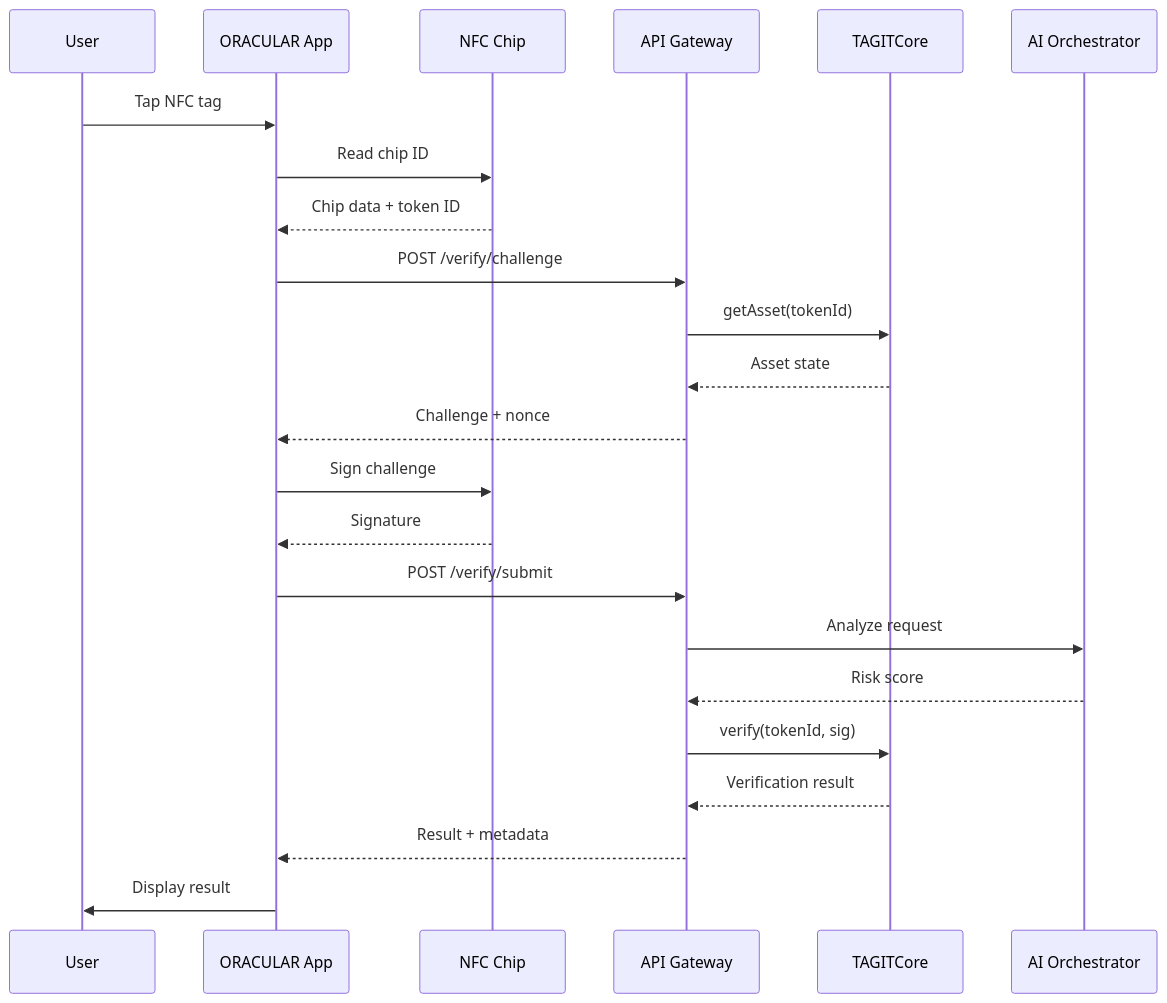
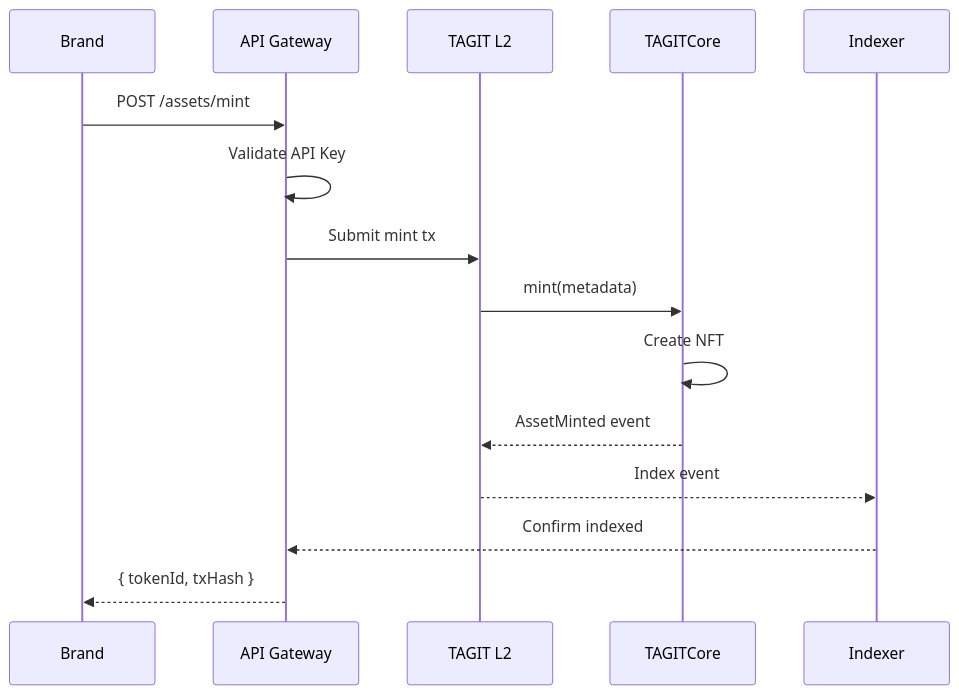
One commit to TAG-IT-NETWORK/tagit-docs changed the second of 6 diagrams in docs/architecture/data-flow.md. Above: the diagram before and after it, drawn with Mermaid. The commit also changed other lines of this file and 8 other files, not shown here.

First line of the commit message:
docs: Phase 2 Core Scaffold - Architecture, Contracts, Glossary

````diff
--- a/docs/architecture/data-flow.md
+++ b/docs/architecture/data-flow.md
@@ -7,30 +30,18 @@
 ```mermaid
 sequenceDiagram
-    participant User
-    participant ORACULAR as ORACULAR App
-    participant NFC as NFC Chip
+    participant Brand
     participant API as API Gateway
-    participant Contract as TAGITCore
-    participant AI as AI Orchestrator
+    participant L2 as TAGIT L2
+    participant Core as TAGITCore
+    participant Indexer
 
-    User->>ORACULAR: Tap NFC tag
-    ORACULAR->>NFC: Read chip ID
-    NFC-->>ORACULAR: Chip data + token ID
-
-    ORACULAR->>API: POST /verify/challenge
-    API->>Contract: getAsset(tokenId)
-    Contract-->>API: Asset state
-    API-->>ORACULAR: Challenge + nonce
-
-    ORACULAR->>NFC: Sign challenge
-    NFC-->>ORACULAR: Signature
-
-    ORACULAR->>API: POST /verify/submit
-    API->>AI: Analyze request
-    AI-->>API: Risk score
-    API->>Contract: verify(tokenId, sig)
-    Contract-->>API: Verification result
-    API-->>ORACULAR: Result + metadata
-
-    ORACULAR->>User: Display result
+    Brand->>API: POST /assets/mint
+    API->>API: Validate API Key
+    API->>L2: Submit mint tx
+    L2->>Core: mint(metadata)
+    Core->>Core: Create NFT
+    Core-->>L2: AssetMinted event
+    L2-->>Indexer: Index event
+    Indexer-->>API: Confirm indexed
+    API-->>Brand: { tokenId, txHash }
 ```
````
